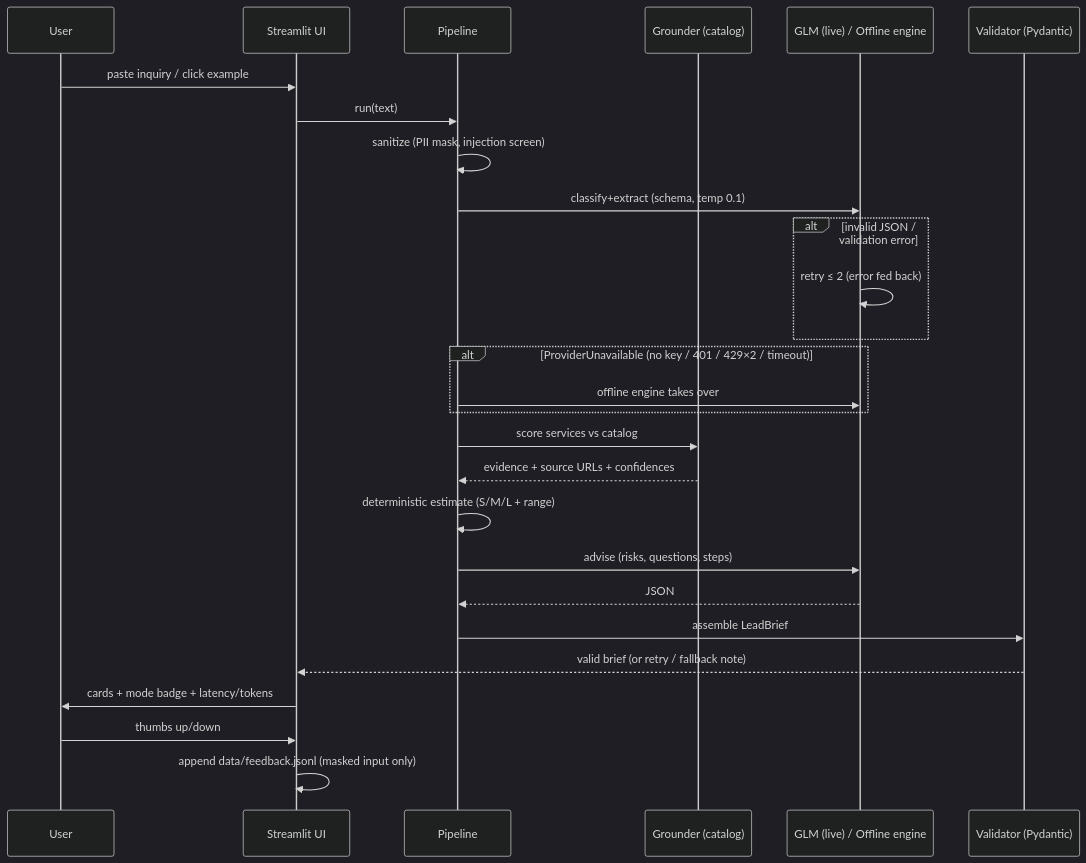
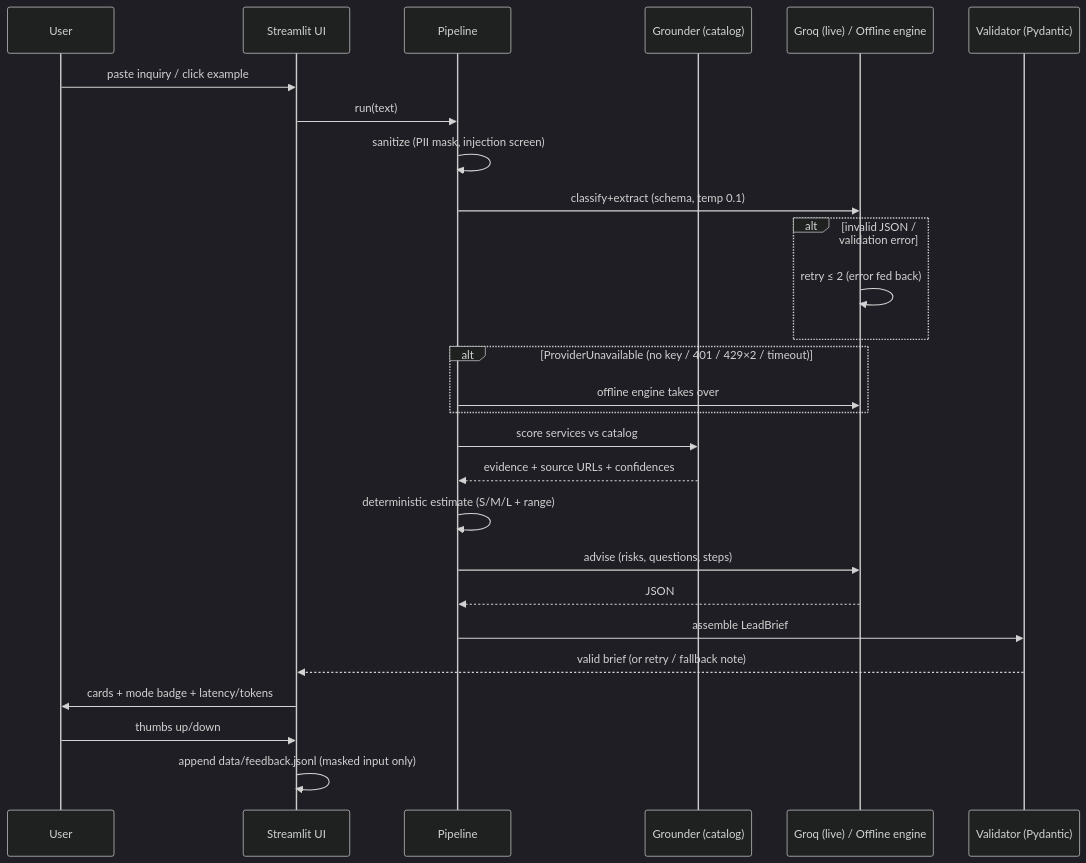
The fourth of 6 diagrams in flow.md (KritPrasad05/Cynbit_AI), drawn with Mermaid (dark theme) before and after one commit. The commit also changed other lines of this file and 20 other files, not shown here.

````diff
--- a/flow.md
+++ b/flow.md
@@ -74,30 +74,30 @@
 ```mermaid
 sequenceDiagram
     participant U as User
     participant ST as Streamlit UI
     participant P as Pipeline
     participant R as Grounder (catalog)
-    participant L as GLM (live) / Offline engine
+    participant L as Groq (live) / Offline engine
     participant V as Validator (Pydantic)
 
     U->>ST: paste inquiry / click example
     ST->>P: run(text)
     P->>P: sanitize (PII mask, injection screen)
     P->>L: classify+extract (schema, temp 0.1)
     alt invalid JSON / validation error
         L->>L: retry ≤ 2 (error fed back)
     end
     alt ProviderUnavailable (no key / 401 / 429×2 / timeout)
         P->>L: offline engine takes over
     end
     P->>R: score services vs catalog
     R-->>P: evidence + source URLs + confidences
     P->>P: deterministic estimate (S/M/L + range)
     P->>L: advise (risks, questions, steps)
     L-->>P: JSON
     P->>V: assemble LeadBrief
     V-->>ST: valid brief (or retry / fallback note)
     ST->>U: cards + mode badge + latency/tokens
     U->>ST: thumbs up/down
     ST->>ST: append data/feedback.jsonl (masked input only)
 ```
````
